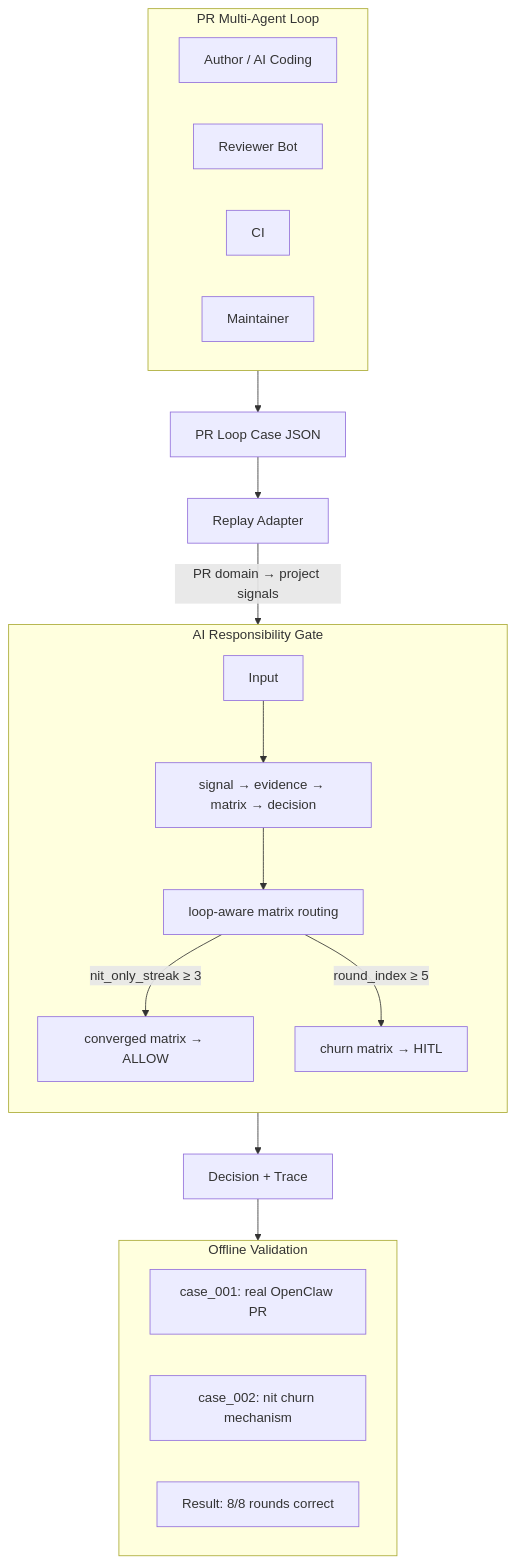
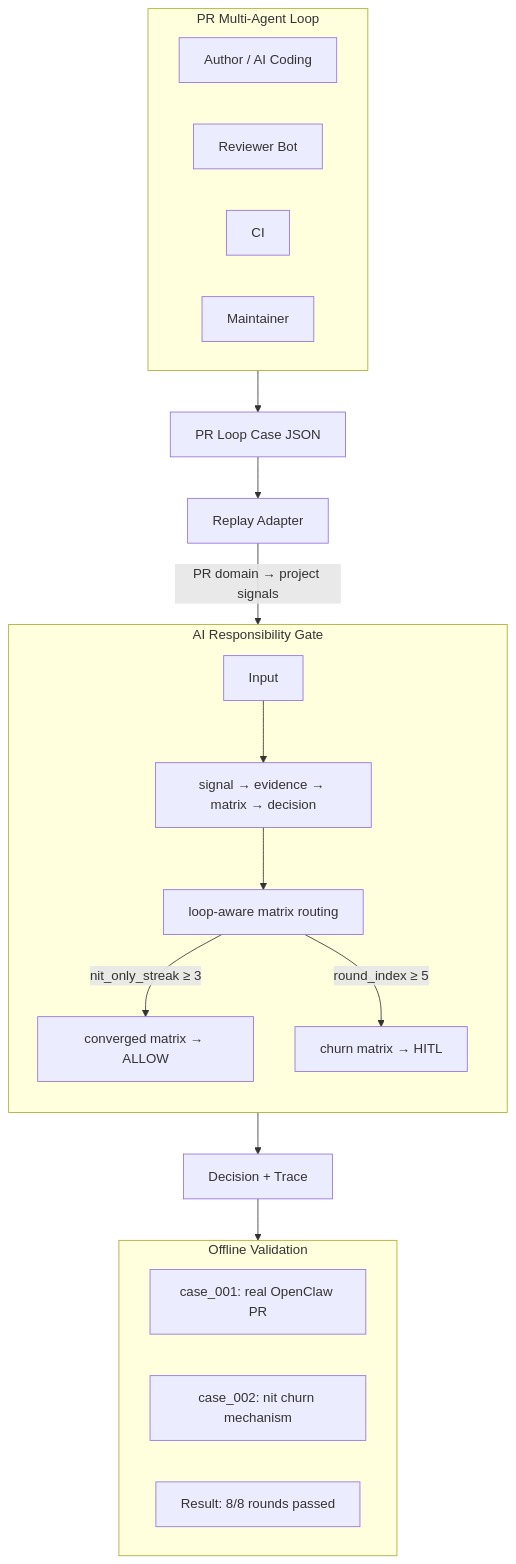
Before and after one commit to zhangzhefang-github/ai-responsibility-gate: the first of 2 diagrams in docs/PR_LOOP_REPLAY_BRIEFING.md, drawn with Mermaid. The commit also changed other lines of this file, not shown here.

````diff
--- a/docs/PR_LOOP_REPLAY_BRIEFING.md
+++ b/docs/PR_LOOP_REPLAY_BRIEFING.md
@@ -15,32 +15,32 @@
 ```mermaid
 flowchart TB
     subgraph Sources [PR Multi-Agent Loop]
         Author[Author / AI Coding]
         Reviewer[Reviewer Bot]
         CI[CI]
         Maintainer[Maintainer]
     end
 
     Sources --> CaseJSON[PR Loop Case JSON]
     CaseJSON --> Adapter[Replay Adapter]
     Adapter -->|"PR domain → project signals"| GateInput
 
     subgraph Gate [AI Responsibility Gate]
         direction TB
         GateInput[Input]
         Pipeline["signal → evidence → matrix → decision"]
         Routing["loop-aware matrix routing"]
         GateInput --> Pipeline --> Routing
         Routing -->|"nit_only_streak ≥ 3"| Conv["converged matrix → ALLOW"]
         Routing -->|"round_index ≥ 5"| Churn["churn matrix → HITL"]
     end
 
     Pipeline --> Decision[Decision + Trace]
     Decision --> Validation
 
     subgraph Validation [Offline Validation]
         V1["case_001: real OpenClaw PR"]
         V2["case_002: nit churn mechanism"]
-        V3["Result: 8/8 rounds correct"]
+        V3["Result: 8/8 rounds passed"]
     end
 ```
````
